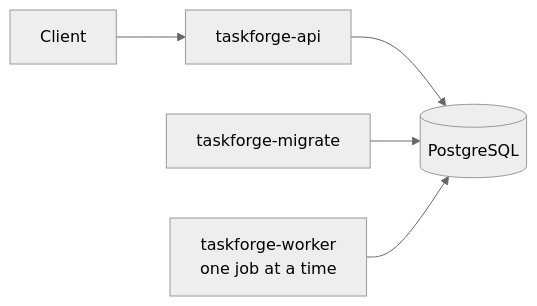
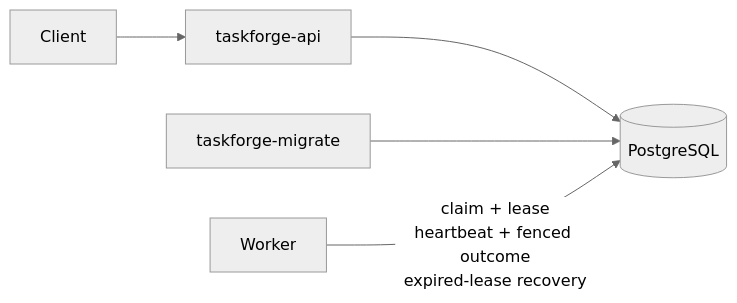
One commit to Nuryanfa/TaskForge changed the first of 2 diagrams in README.md. Above: the diagram before and after it, drawn with Mermaid (neutral theme). The commit also changed other lines of this file and 22 other files, not shown here.

Commit message:
feat(worker): add leased concurrent execution and crash recovery

````diff
--- a/README.md
+++ b/README.md
@@ -13,7 +13,7 @@
 ```mermaid
 flowchart LR
     Client["Client"] --> API["taskforge-api"]
     API --> DB[("PostgreSQL")]
     Migrator["taskforge-migrate"] --> DB
-    Worker["taskforge-worker<br/>one job at a time"] --> DB
+    Worker -->|"claim + lease<br/>heartbeat + fenced outcome<br/>expired-lease recovery"| DB
 ```
````
